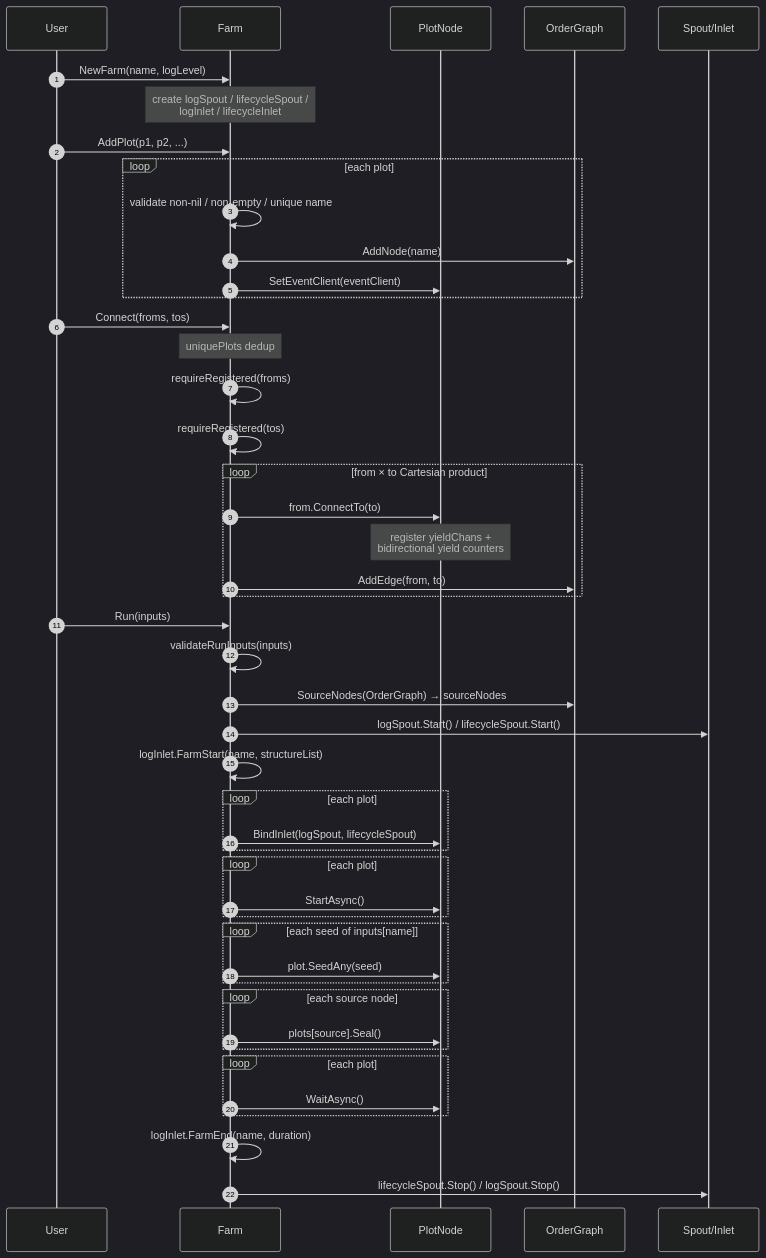
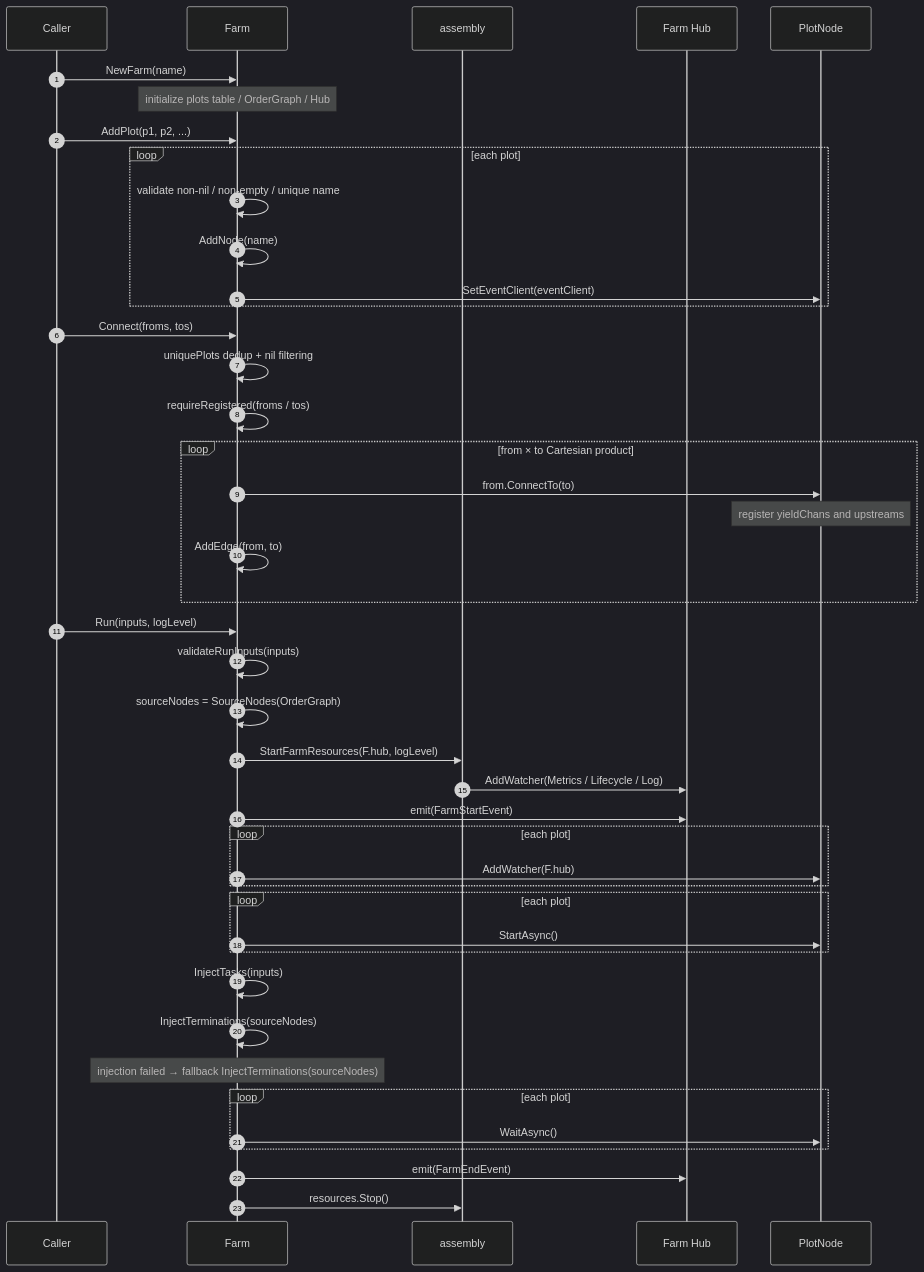
One commit to Mr-xiaotian/CelestialGrow changed the first of 2 diagrams in docs/en/pkg/farm/farm.md. Above: the diagram before and after it, drawn with Mermaid (dark theme). The commit also changed other lines of this file and 103 other files, not shown here.

````diff
--- a/docs/en/pkg/farm/farm.md
+++ b/docs/en/pkg/farm/farm.md
@@ -85,52 +97,49 @@
 ```mermaid
 sequenceDiagram
     autonumber
-    participant U as User
+    participant U as Caller
     participant F as Farm
+    participant A as assembly
+    participant H as Farm Hub
     participant P as PlotNode
-    participant G as OrderGraph
-    participant S as Spout/Inlet
 
-    U->>F: NewFarm(name, logLevel)
-    Note over F: create logSpout / lifecycleSpout /<br/>logInlet / lifecycleInlet
+    U->>F: NewFarm(name)
+    Note over F: initialize plots table / OrderGraph / Hub
 
     U->>F: AddPlot(p1, p2, ...)
     loop each plot
         F->>F: validate non-nil / non-empty / unique name
-        F->>G: AddNode(name)
+        F->>F: AddNode(name)
         F->>P: SetEventClient(eventClient)
     end
 
     U->>F: Connect(froms, tos)
-    Note over F: uniquePlots dedup
-    F->>F: requireRegistered(froms)
-    F->>F: requireRegistered(tos)
+    F->>F: uniquePlots dedup + nil filtering
+    F->>F: requireRegistered(froms / tos)
     loop from × to Cartesian product
         F->>P: from.ConnectTo(to)
-        Note over P: register yieldChans +<br/>bidirectional yield counters
-        F->>G: AddEdge(from, to)
+        Note over P: register yieldChans and upstreams
+        F->>F: AddEdge(from, to)
     end
 
-    U->>F: Run(inputs)
+    U->>F: Run(inputs, logLevel)
     F->>F: validateRunInputs(inputs)
-    F->>G: SourceNodes(OrderGraph) → sourceNodes
-    F->>S: logSpout.Start() / lifecycleSpout.Start()
-    F->>F: logInlet.FarmStart(name, structureList)
+    F->>F: sourceNodes = SourceNodes(OrderGraph)
+    F->>A: StartFarmResources(F.hub, logLevel)
+    A->>H: AddWatcher(Metrics / Lifecycle / Log)
+    F->>H: emit(FarmStartEvent)
     loop each plot
-        F->>P: BindInlet(logSpout, lifecycleSpout)
+        F->>P: AddWatcher(F.hub)
     end
     loop each plot
         F->>P: StartAsync()
     end
-    loop each seed of inputs[name]
-        F->>P: plot.SeedAny(seed)
-    end
-    loop each source node
-        F->>P: plots[source].Seal()
-    end
+    F->>F: InjectTasks(inputs)
+    F->>F: InjectTerminations(sourceNodes)
+    Note over F: injection failed → fallback InjectTerminations(sourceNodes)
     loop each plot
         F->>P: WaitAsync()
     end
-    F->>F: logInlet.FarmEnd(name, duration)
-    F->>S: lifecycleSpout.Stop() / logSpout.Stop()
+    F->>H: emit(FarmEndEvent)
+    F->>A: resources.Stop()
 ```
````
